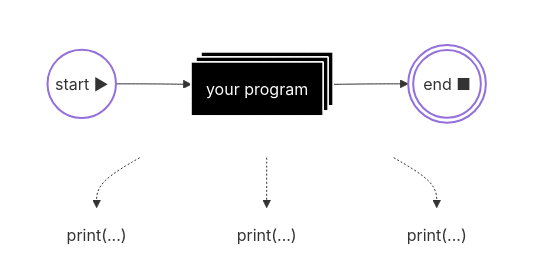
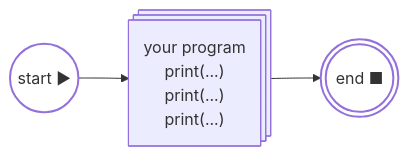
The second of 5 diagrams in docs/foundations.md (luka-sherman/python-field-guide), drawn with Mermaid before and after one commit. The commit also changed other lines of this file, not shown here.

Commit message:
bug fix mermaid format

````diff
--- a/docs/foundations.md
+++ b/docs/foundations.md
@@ -59,30 +59,13 @@
 ```mermaid
-flowchart TB
+flowchart LR
+    black@{ shape: procs, label: "your program\nprint(...)\nprint(...)\nprint(...)" }
+    stop@{ shape: dbl-circ, label: "end ■" }
+    start(("start ▶"))
+    start --> black --> stop
 
-subgraph top[" "]
-direction LR
-black@{ shape: procs, label: "your program" }
-stop@{ shape: dbl-circ, label: "end ■" }
-start(("start ▶"))
-start --> black --> stop
-end
+    classDef terminal fill:none,stroke-width:2px
+    class start,stop terminal
 
-p1["print(...)"]
-p2["print(...)"]
-p3["print(...)"]
-
-black -.-> p1
-black -.-> p2
-black -.-> p3
-
-style top fill:none,stroke:none
-
-classDef terminal fill:none,stroke-width:2px
-class start,stop terminal
-
-classDef blackbox fill:#000,color:#fff,stroke:#fff,stroke-width:1px
-class black blackbox
-
-classDef plain fill:none,stroke:none
-class p1,p2,p3 plain
+    classDef blackbox stroke-width:1px
+    class black blackbox
 ```
````
